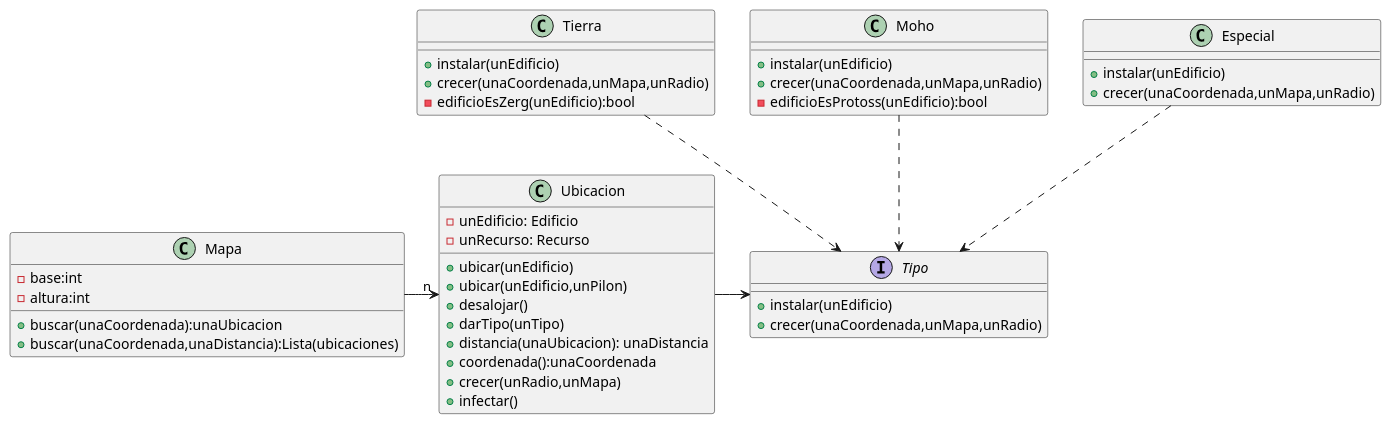
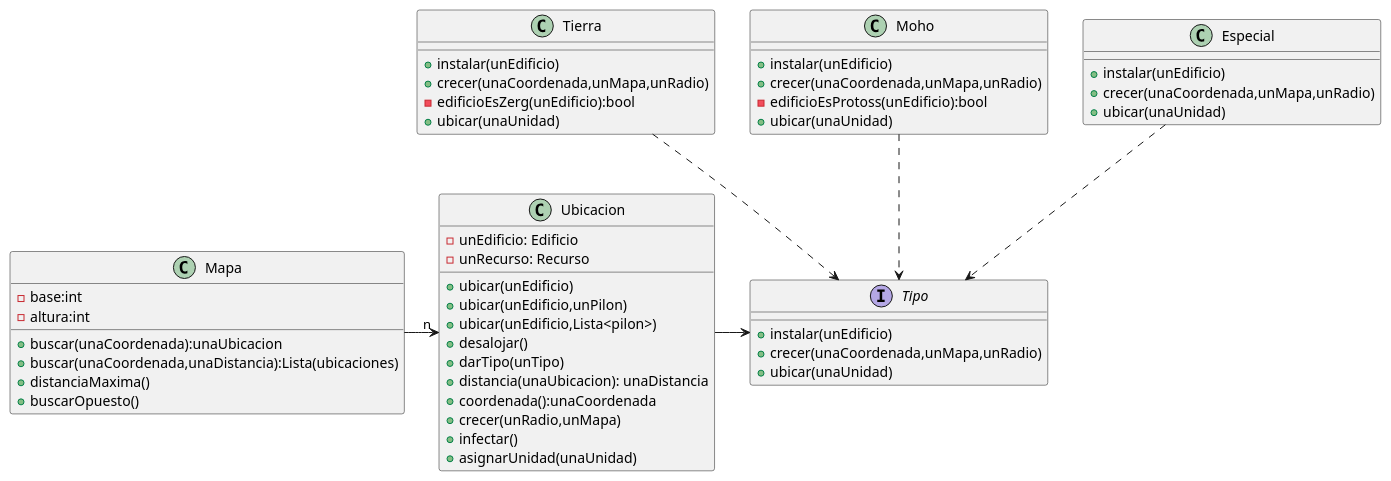
The diagram in diagrams/classes/Mapa.puml (nicolasgirardi/algo3_TP2_AlgoStar), drawn with PlantUML before and after one commit.

Commit message:
actualizo uml mapa

```diff
--- a/diagrams/classes/Mapa.puml
+++ b/diagrams/classes/Mapa.puml
@@ -1,50 +1,58 @@
 @startuml
 'https://plantuml.com/sequence-diagram
 
 class Mapa{
     -base:int
     -altura:int
     +buscar(unaCoordenada):unaUbicacion
     +buscar(unaCoordenada,unaDistancia):Lista(ubicaciones)
+    +distanciaMaxima()
+    +buscarOpuesto()
 }
 
 class Ubicacion{
     -unEdificio: Edificio
     -unRecurso: Recurso
 
     +ubicar(unEdificio)
     +ubicar(unEdificio,unPilon)
+    +ubicar(unEdificio,Lista<pilon>)
     +desalojar()
     +darTipo(unTipo)
     +distancia(unaUbicacion): unaDistancia
     +coordenada():unaCoordenada
     +crecer(unRadio,unMapa)
     +infectar()
+    +asignarUnidad(unaUnidad)
 }
 
 interface Tipo {
     +instalar(unEdificio)
     +crecer(unaCoordenada,unMapa,unRadio)
+    +ubicar(unaUnidad)
 }
 
 class Tierra{
      +instalar(unEdificio)
      +crecer(unaCoordenada,unMapa,unRadio)
      -edificioEsZerg(unEdificio):bool
+     +ubicar(unaUnidad)
 }
 class Moho{
      +instalar(unEdificio)
      +crecer(unaCoordenada,unMapa,unRadio)
      -edificioEsProtoss(unEdificio):bool
+     +ubicar(unaUnidad)
 }
 class Especial{
      +instalar(unEdificio)
      +crecer(unaCoordenada,unMapa,unRadio)
+     +ubicar(unaUnidad)
 }
 
 Mapa -> "n" Ubicacion
 Ubicacion -> Tipo
 Tierra ..> Tipo
 Moho ..> Tipo
 Especial ..> Tipo
 @enduml
```
